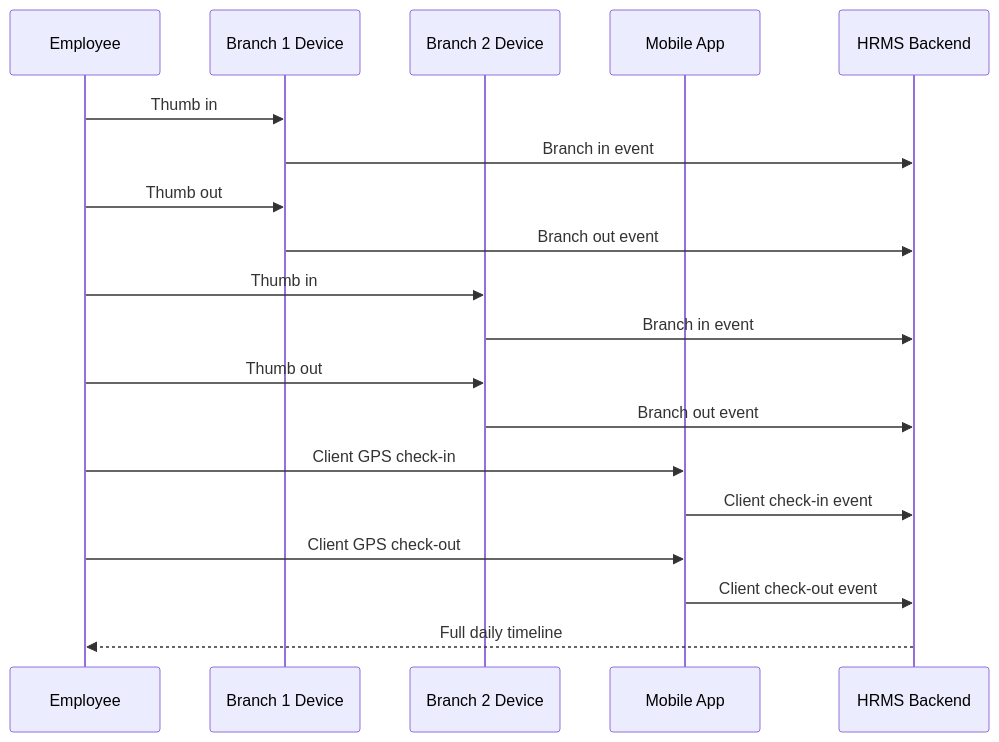
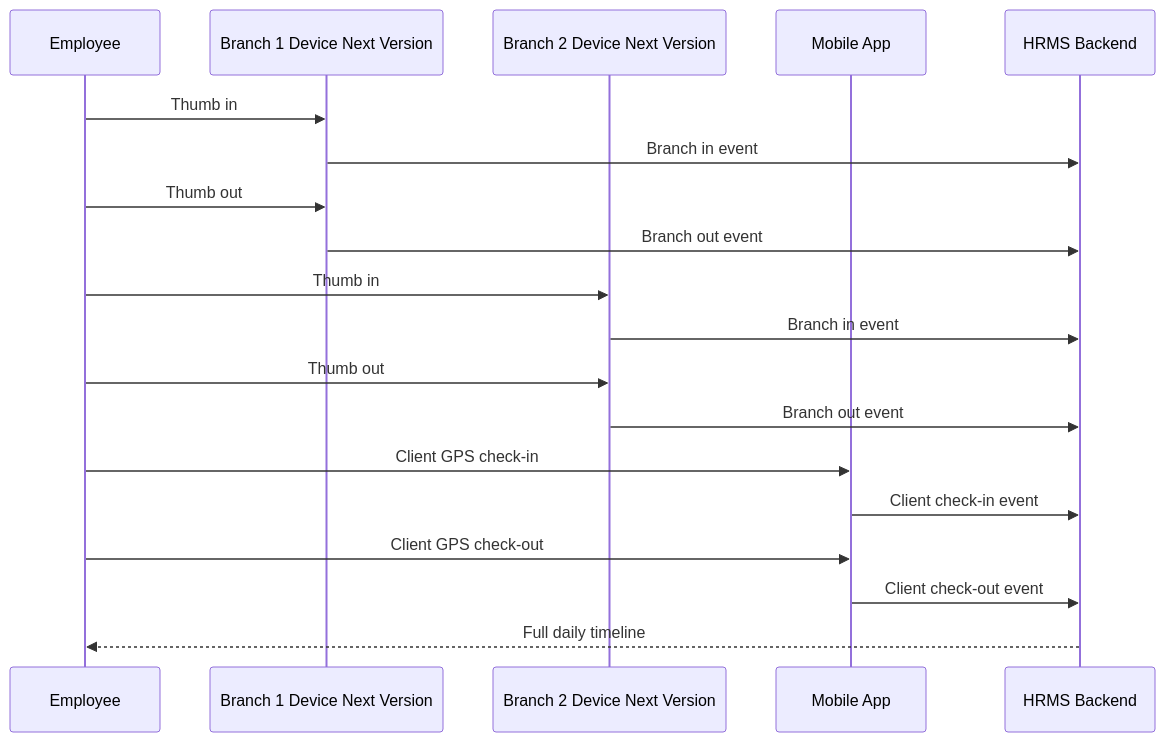
The first of 2 diagrams in docs/USER_GUIDE.md (Sameerreddy-ATD/Atd-Hrms), drawn with Mermaid before and after one commit. The commit also changed other lines of this file and 3 other files, not shown here.

Commit message:
Document biometric roadmap and attendance verification plan

````diff
--- a/docs/USER_GUIDE.md
+++ b/docs/USER_GUIDE.md
@@ -75,22 +75,22 @@
 ```mermaid
 sequenceDiagram
   participant Employee
-  participant Branch1 as Branch 1 Device
-  participant Branch2 as Branch 2 Device
+  participant Branch1 as Branch 1 Device Next Version
+  participant Branch2 as Branch 2 Device Next Version
   participant Mobile as Mobile App
   participant HRMS as HRMS Backend
 
   Employee->>Branch1: Thumb in
   Branch1->>HRMS: Branch in event
   Employee->>Branch1: Thumb out
   Branch1->>HRMS: Branch out event
   Employee->>Branch2: Thumb in
   Branch2->>HRMS: Branch in event
   Employee->>Branch2: Thumb out
   Branch2->>HRMS: Branch out event
   Employee->>Mobile: Client GPS check-in
   Mobile->>HRMS: Client check-in event
   Employee->>Mobile: Client GPS check-out
   Mobile->>HRMS: Client check-out event
   HRMS-->>Employee: Full daily timeline
 ```
````
